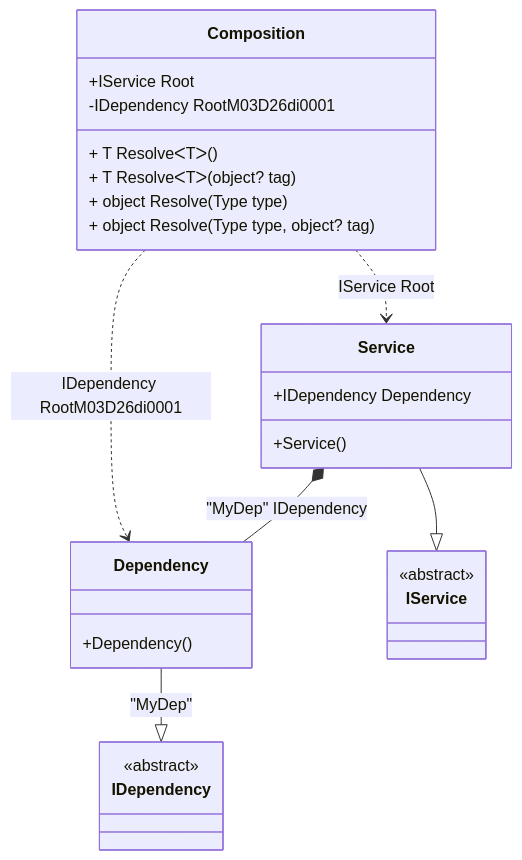
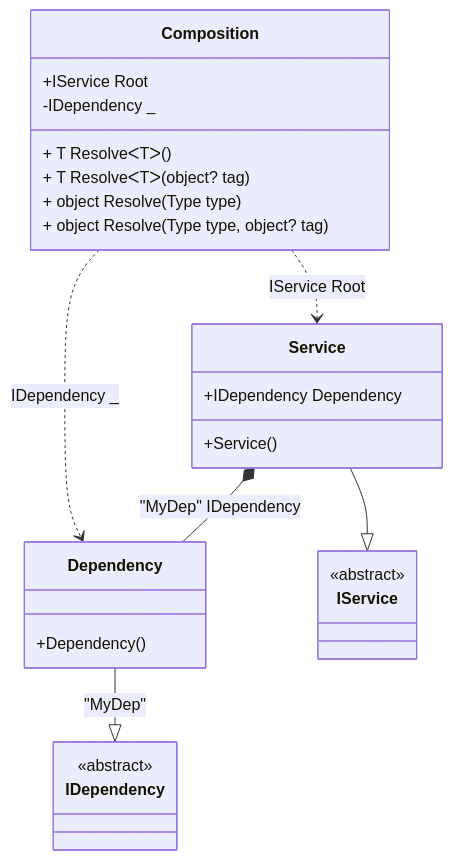
One commit to DevTeam/Pure.DI changed the diagram in readme/check-for-a-root.md. Above: the diagram before and after it, drawn with Mermaid. The commit also changed other lines of this file and 93 other files, not shown here.

````diff
--- a/readme/check-for-a-root.md
+++ b/readme/check-for-a-root.md
@@ -63,29 +64,29 @@
 ```mermaid
 classDiagram
   class Composition {
     +IService Root
-    -IDependency RootM03D26di0001
+    -IDependency _
     + T ResolveᐸTᐳ()
     + T ResolveᐸTᐳ(object? tag)
     + object Resolve(Type type)
     + object Resolve(Type type, object? tag)
   }
   Dependency --|> IDependency : "MyDep" 
   class Dependency {
     +Dependency()
   }
   Service --|> IService : 
   class Service {
     +Service()
     +IDependency Dependency
   }
   class IDependency {
     <<abstract>>
   }
   class IService {
     <<abstract>>
   }
   Service *--  Dependency : "MyDep"  IDependency
-  Composition ..> Dependency : IDependency RootM03D26di0001
+  Composition ..> Dependency : IDependency _
   Composition ..> Service : IService Root
 ```
````
